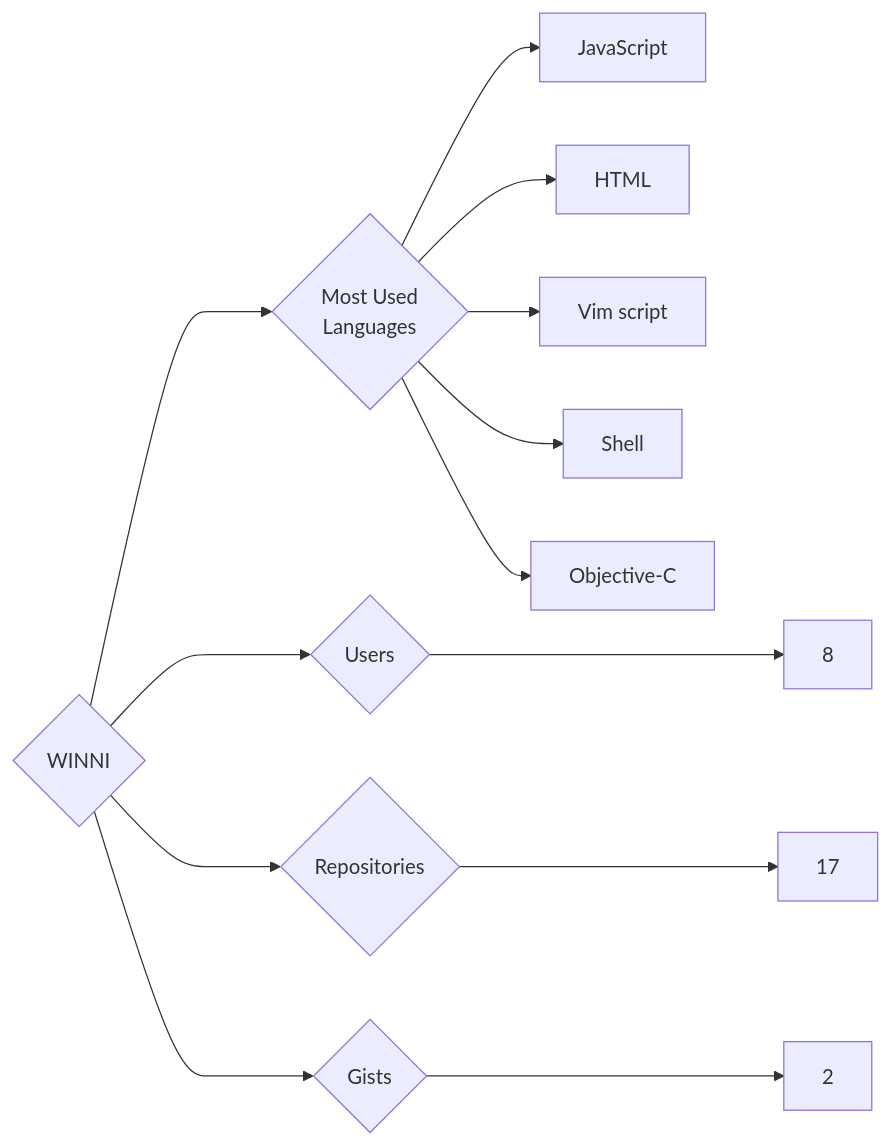
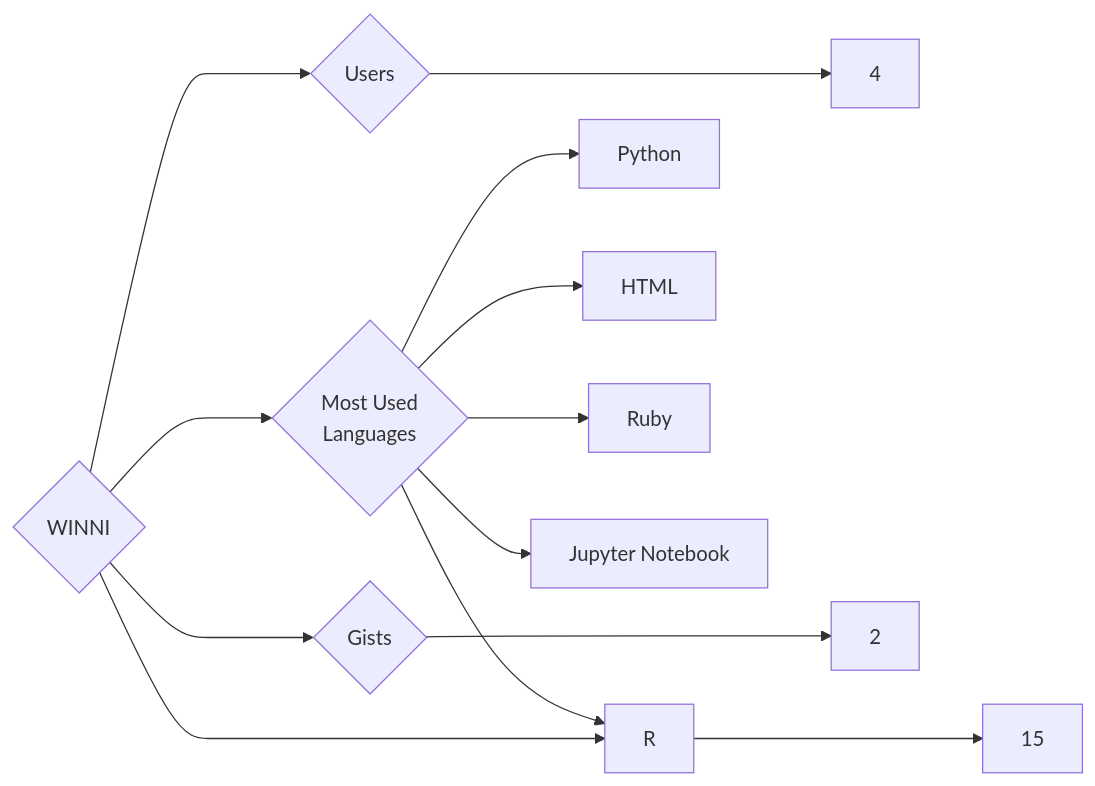
Before and after one commit to trickest/insiders: the diagram in targets/WINNI/README.md, drawn with Mermaid. The commit also changed 912 other files, not shown here.

````diff
--- a/targets/WINNI/README.md
+++ b/targets/WINNI/README.md
@@ -3,13 +3,13 @@
 ```mermaid
 graph LR
 COMPANY_NAME{WINNI}
-COMPANY_NAME ---> U{Users} ---> UN[8]
-COMPANY_NAME ---> R{Repositories} ---> RN[17]
+COMPANY_NAME ---> U{Users} ---> UN[4]
+COMPANY_NAME ---> R{Repositories} ---> RN[15]
 COMPANY_NAME ---> G{Gists} ---> GN[2]
 COMPANY_NAME ---> ML{Most Used<br>Languages}
-ML --> JavaScript[JavaScript]
+ML --> Python[Python]
+ML --> R[R]
 ML --> HTML[HTML]
-ML --> Vim_script[Vim script]
-ML --> Shell[Shell]
-ML --> Objective-C[Objective-C]
+ML --> Ruby[Ruby]
+ML --> Jupyter_Notebook[Jupyter Notebook]
 ```
````
